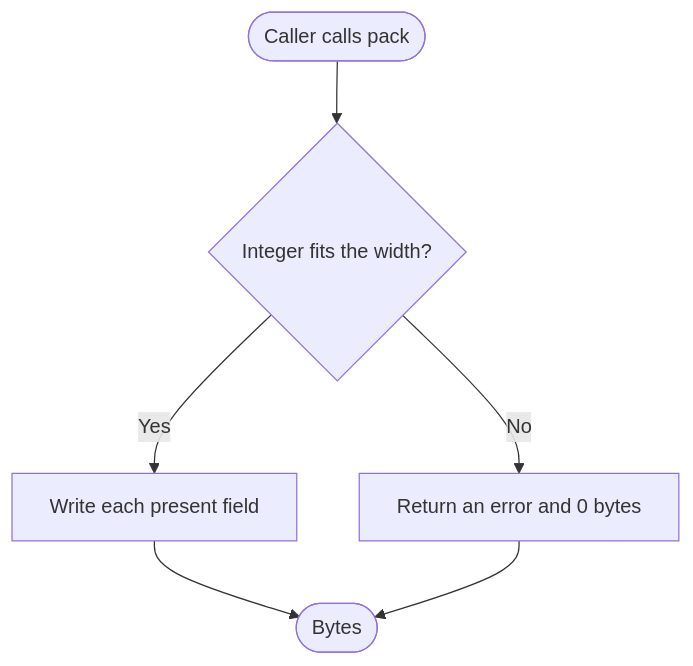
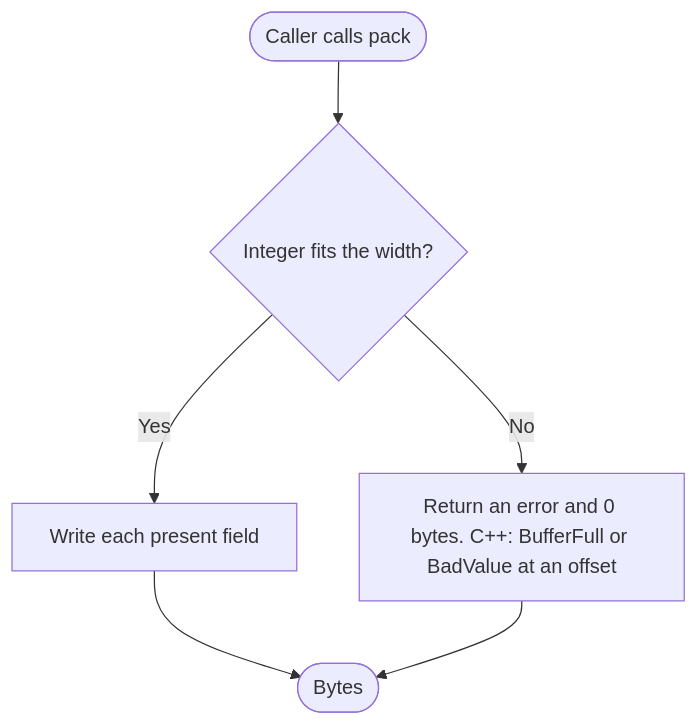
One commit to zxsanny/packbin changed the second of 6 diagrams in _docs/02_document/system-flows.md. Above: the diagram before and after it, drawn with Mermaid. The commit also changed other lines of this file and 26 other files, not shown here.

````diff
--- a/_docs/02_document/system-flows.md
+++ b/_docs/02_document/system-flows.md
@@ -44,8 +44,8 @@
 ```mermaid
 flowchart TD
     Start([Caller calls pack]) --> Fit{Integer fits the width?}
     Fit -->|Yes| Write[Write each present field]
-    Fit -->|No| Err[Return an error and 0 bytes]
+    Fit -->|No| Err[Return an error and 0 bytes. C++: BufferFull or BadValue at an offset]
     Write --> EndNode([Bytes])
     Err --> EndNode
 ```
````
